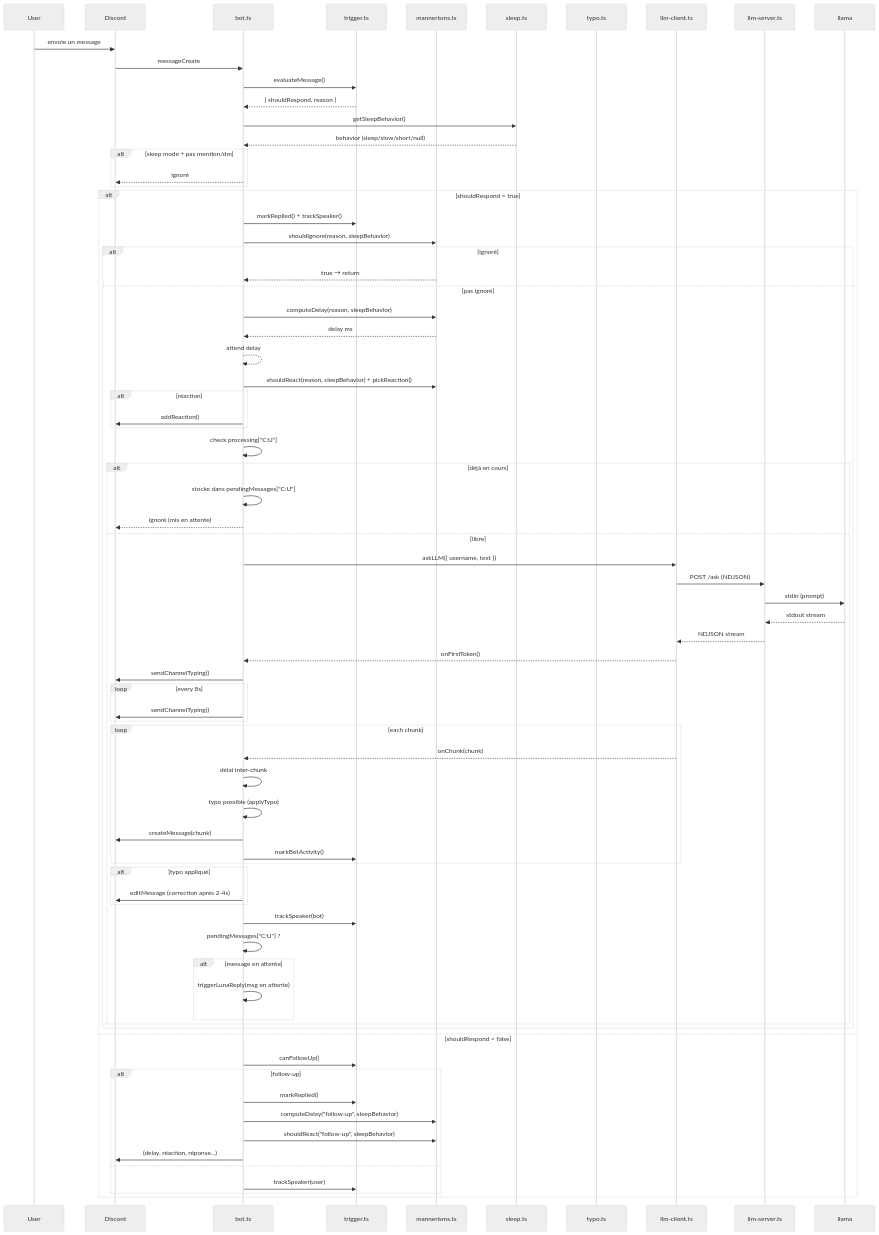
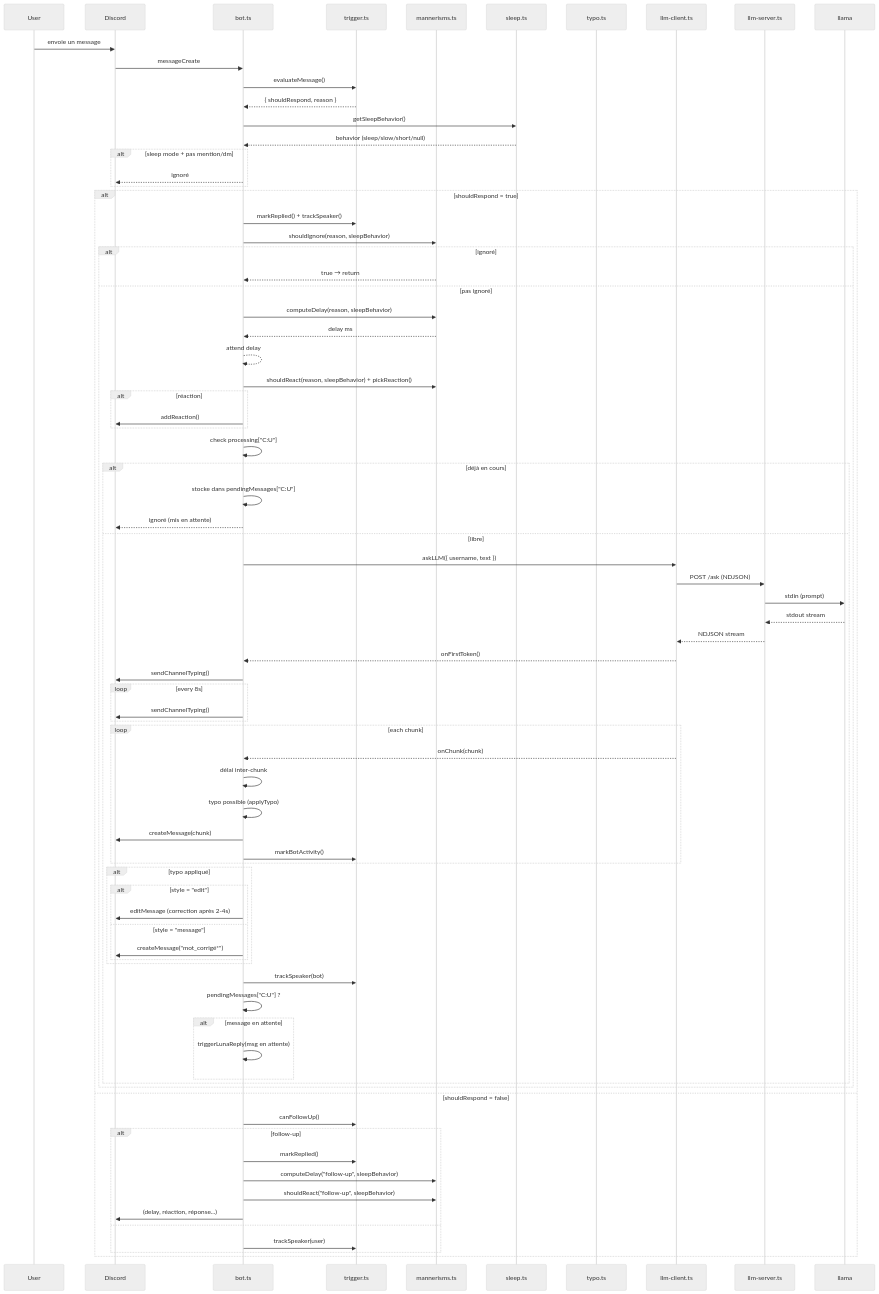
The sixth of 6 diagrams in README.md (protocol-luna/krystal), drawn with Mermaid (neutral theme) before and after one commit. The commit also changed other lines of this file and 3 other files, not shown here.

Commit message:
add typo_correction_style config (edit/message/mixed)

```diff
--- a/README.md
+++ b/README.md
@@ -495,7 +501,11 @@
                     bot.ts->>trigger.ts: markBotActivity()
                 end
                 alt typo appliqué
-                    bot.ts->>Discord: editMessage (correction après 2-4s)
+                    alt style = "edit"
+                        bot.ts->>Discord: editMessage (correction après 2-4s)
+                    else style = "message"
+                        bot.ts->>Discord: createMessage("mot_corrigé*")
+                    end
                 end
                 bot.ts->>trigger.ts: trackSpeaker(bot)
                 bot.ts->>bot.ts: pendingMessages["C:U"] ?
```
